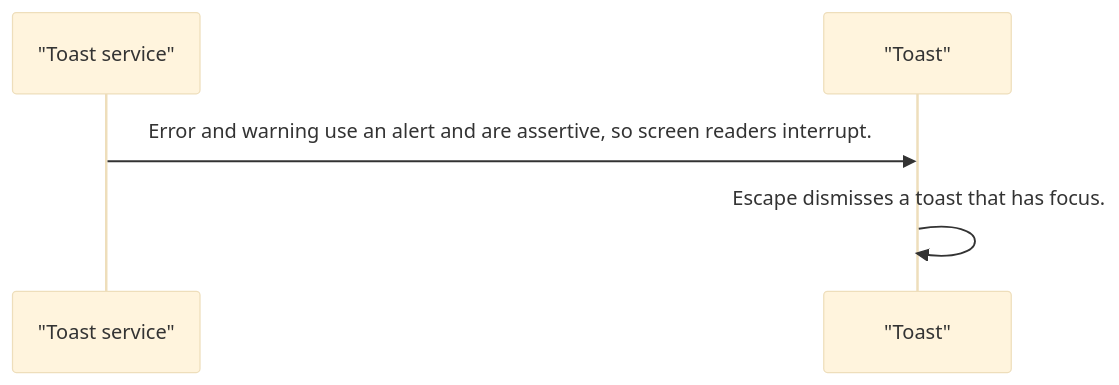
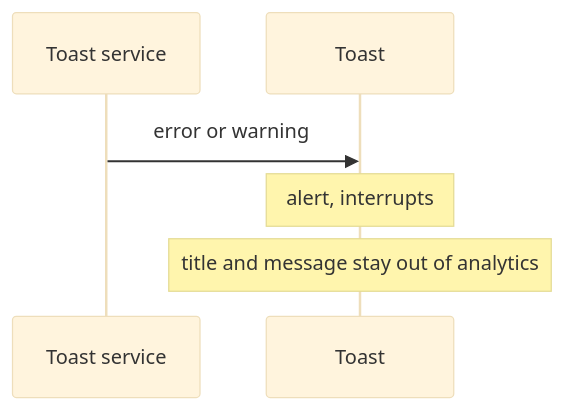
The third of 4 diagrams in projects/pixel-ui/src/lib/pixel-toast/DESIGN.md (RajshekharBorate/pixel-ui), drawn with Mermaid (base theme) before and after one commit. The commit also changed other lines of this file and 73 other files, not shown here.

Commit message:
Explain who owns each value and what each flow does in every component and service design.

````diff
--- a/projects/pixel-ui/src/lib/pixel-toast/DESIGN.md
+++ b/projects/pixel-ui/src/lib/pixel-toast/DESIGN.md
@@ -64,7 +85,8 @@
 ```mermaid
 sequenceDiagram
-  participant service as "Toast service"
-  participant toast as "Toast"
-  service->>toast: Error and warning use an alert and are assertive, so screen readers interrupt.
-  toast->>toast: Escape dismisses a toast that has focus.
+  participant Service as Toast service
+  participant Toast
+  Service->>Toast: error or warning
+  Note over Toast: alert, interrupts
+  Note over Toast: title and message stay out of analytics
 ```
````
